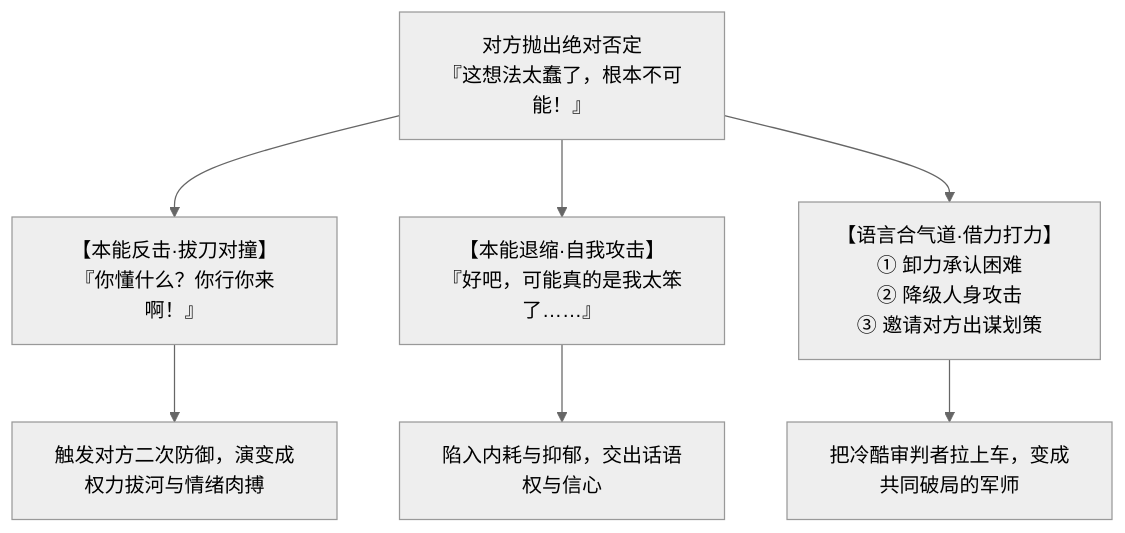
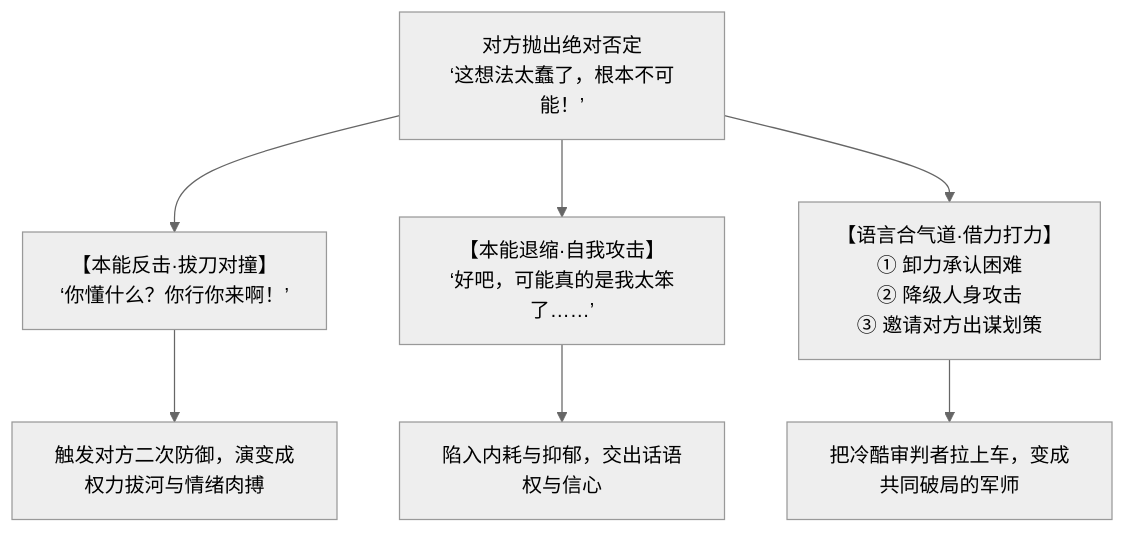
Before and after one commit to coachsunny/blog: the first of 2 diagrams in _posts/2026-11-16-verbal-aikido-reframing.md, drawn with Mermaid (neutral theme). The commit also changed other lines of this file and 55 other files, not shown here.

````diff
--- a/_posts/2026-11-16-verbal-aikido-reframing.md
+++ b/_posts/2026-11-16-verbal-aikido-reframing.md
@@ -38,11 +38,11 @@
 ```mermaid
 flowchart TD
-    Attack["对方抛出绝对否定<br>『这想法太蠢了，根本不可能！』"] --> Reaction1["【本能反击·拔刀对撞】<br>『你懂什么？你行你来啊！』"]
-    Attack --> Reaction2["【本能退缩·自我攻击】<br>『好吧，可能真的是我太笨了……』"]
+    Attack["对方抛出绝对否定<br>‘这想法太蠢了，根本不可能！’"] --> Reaction1["【本能反击·拔刀对撞】<br>‘你懂什么？你行你来啊！’"]
+    Attack --> Reaction2["【本能退缩·自我攻击】<br>‘好吧，可能真的是我太笨了……’"]
     
     Reaction1 --> Trap1["触发对方二次防御，演变成权力拔河与情绪肉搏"]
     Reaction2 --> Trap2["陷入内耗与抑郁，交出话语权与信心"]
     
     Attack --> Aikido["【语言合气道·借力打力】<br>① 卸力承认困难<br>② 降级人身攻击<br>③ 邀请对方出谋划策"]
     Aikido --> Solution["把冷酷审判者拉上车，变成共同破局的军师"]
 ```
````
